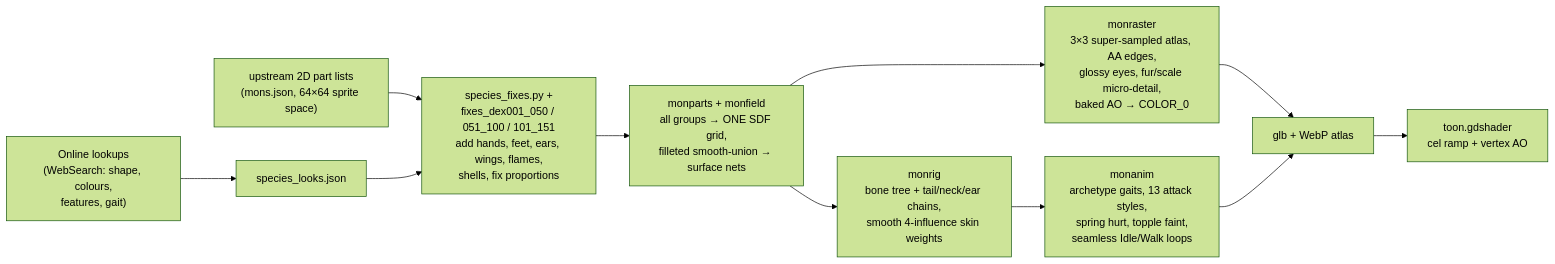
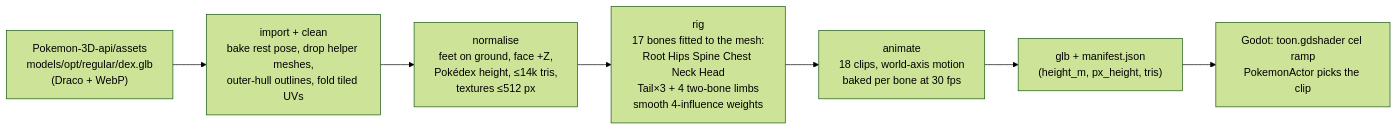
Before and after one commit to jgyy/redgodot: the first of 15 diagrams in README.md, drawn with Mermaid (forest theme). The commit also changed other lines of this file and 1149 other files, not shown here.

First line of the commit message:
Rigged Pokémon, character creator, 19-clip NPCs, 171 bug fixes, transitions, physics, new features (#5)

````diff
--- a/README.md
+++ b/README.md
@@ -85,13 +102,9 @@
 ```mermaid
 flowchart LR
-    W["Online lookups\n(WebSearch: shape, colours,\nfeatures, gait)"] --> L["species_looks.json"]
-    U["upstream 2D part lists\n(mons.json, 64×64 sprite space)"] --> F
-    L --> F["species_fixes.py +\nfixes_dex001_050 / 051_100 / 101_151\nadd hands, feet, ears, wings, flames,\nshells, fix proportions"]
-    F --> G["monparts + monfield\nall groups → ONE SDF grid,\nfilleted smooth-union → surface nets"]
-    G --> T["monraster\n3×3 super-sampled atlas, AA edges,\nglossy eyes, fur/scale micro-detail,\nbaked AO → COLOR_0"]
-    G --> R["monrig\nbone tree + tail/neck/ear chains,\nsmooth 4-influence skin weights"]
-    R --> A["monanim\narchetype gaits, 13 attack styles,\nspring hurt, topple faint,\nseamless Idle/Walk loops"]
-    T --> X["glb + WebP atlas"]
-    A --> X
-    X --> S["toon.gdshader\ncel ramp + vertex AO"]
+    G["Pokemon-3D-api/assets\nmodels/opt/regular/dex.glb\n(Draco + WebP)"] --> I["import + clean\nbake rest pose, drop helper meshes,\nouter-hull outlines, fold tiled UVs"]
+    I --> N["normalise\nfeet on ground, face +Z,\nPokédex height, ≤14k tris,\ntextures ≤512 px"]
+    N --> R["rig\n17 bones fitted to the mesh:\nRoot Hips Spine Chest Neck Head\nTail×3 + 4 two-bone limbs\nsmooth 4-influence weights"]
+    R --> A["animate\n18 clips, world-axis motion\nbaked per bone at 30 fps"]
+    A --> X["glb + manifest.json\n(height_m, px_height, tris)"]
+    X --> T["Godot: toon.gdshader cel ramp\nPokemonActor picks the clip"]
 ```
````
